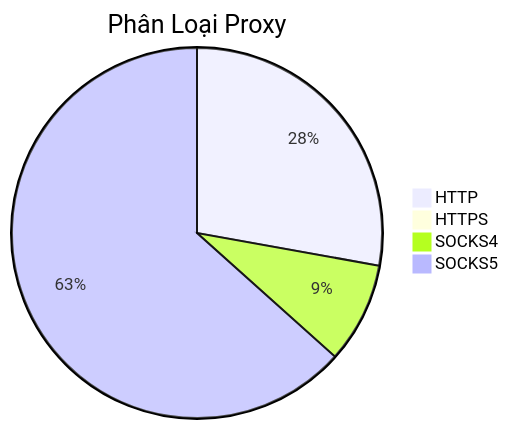
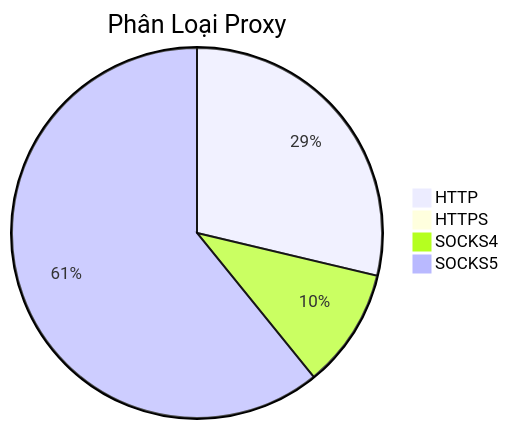
The diagram in README.md (Ciara-Aa/PROXY-free), drawn with Mermaid before and after one commit. The commit also changed other lines of this file and 4 other files, not shown here.

````diff
--- a/README.md
+++ b/README.md
@@ -26,7 +26,7 @@
 ```mermaid
 pie title Phân Loại Proxy
-    "HTTP" : 1111
-    "HTTPS" : 5
-    "SOCKS4" : 351
-    "SOCKS5" : 2530
+    "HTTP" : 1052
+    "HTTPS" : 0
+    "SOCKS4" : 383
+    "SOCKS5" : 2230
 ```
````
